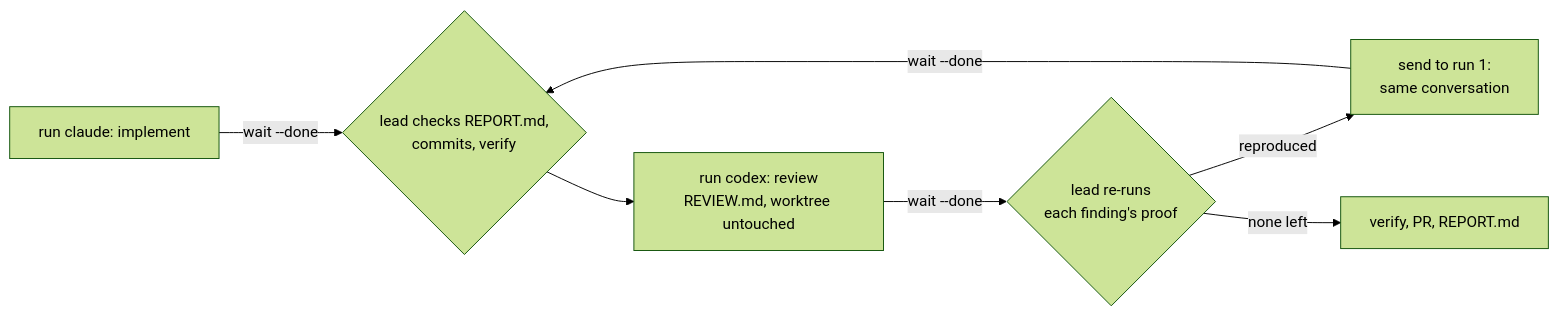
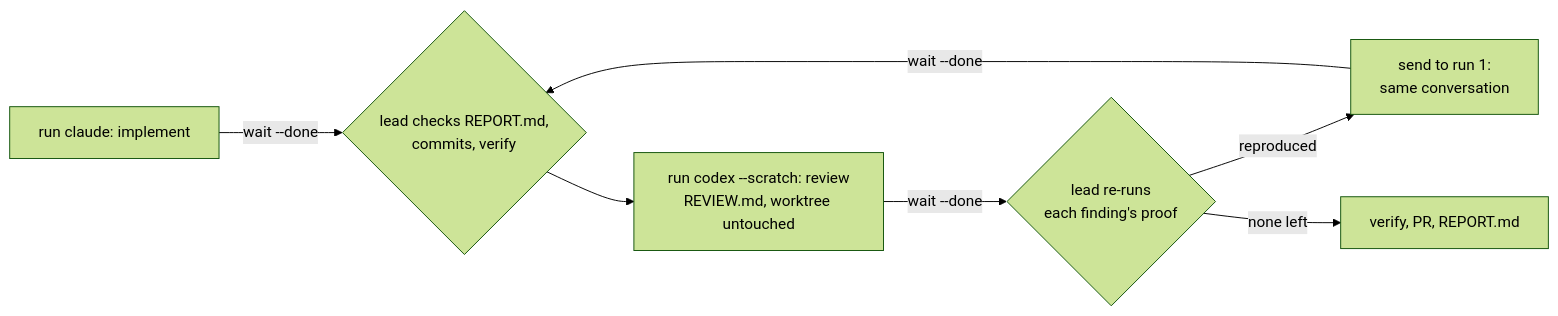
The fifth of 5 diagrams in docs/USAGE.md (TSLsun/tmux-collie), drawn with Mermaid (forest theme) before and after one commit. The commit also changed other lines of this file and 1 other file, not shown here.

Commit message:
docs: collie-lead reviews in a scratch worktree with open-findings marks
The reviewer now runs with --scratch, writes each finding as a "- [ ]"
line, and is told to check out the new head for a re-review; the lead
ticks the findings it drops so `findings` tracks what is still open.

Claude-Session: https://claude.ai/code/session_018my1WEwH6Vb3BThKHXCj3B

````diff
--- a/docs/USAGE.md
+++ b/docs/USAGE.md
@@ -291,9 +291,9 @@
 ```mermaid
 flowchart LR
   I[run claude: implement] -->|wait --done| C{lead checks REPORT.md,<br/>commits, verify}
-  C --> R[run codex: review<br/>REVIEW.md, worktree untouched]
+  C --> R[run codex --scratch: review<br/>REVIEW.md, worktree untouched]
   R -->|wait --done| T{lead re-runs<br/>each finding's proof}
   T -->|reproduced| S[send to run 1:<br/>same conversation]
   S -->|wait --done| C
   T -->|none left| V[verify, PR, REPORT.md]
 ```
````
